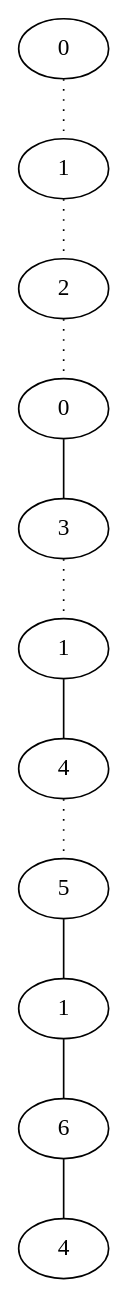
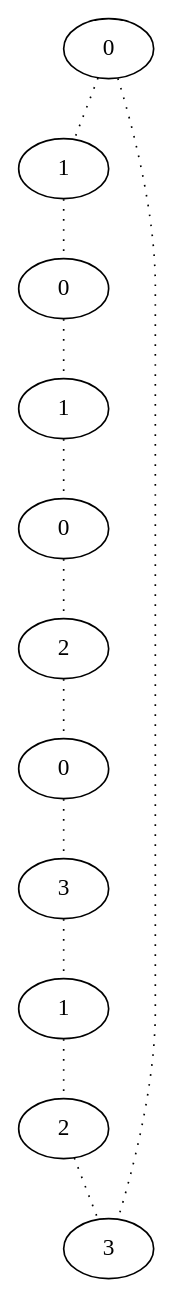
The diagram in TestPathsv1/result/11.dot (d1laj/Stage-M2), drawn with Graphviz before and after one commit. The commit also changed 12 other files, not shown here.

```diff
--- a/TestPathsv1/result/11.dot
+++ b/TestPathsv1/result/11.dot
@@ -1,23 +1,24 @@
 graph {
 a[label=0]
 b[label=1]
-c[label=2]
-d[label=0]
-e[label=3]
-f[label=1]
-g[label=4]
-h[label=5]
+c[label=0]
+d[label=1]
+e[label=0]
+f[label=2]
+g[label=0]
+h[label=3]
 i[label=1]
-j[label=6]
-k[label=4]
+j[label=2]
+k[label=3]
 a -- b [style=dotted];
 b -- c [style=dotted];
 c -- d [style=dotted];
-d -- e;
+d -- e [style=dotted];
 e -- f [style=dotted];
-f -- g;
+f -- g [style=dotted];
 g -- h [style=dotted];
-h -- i;
-i -- j;
-j -- k;
+h -- i [style=dotted];
+i -- j [style=dotted];
+j -- k [style=dotted];
+a -- k [style=dotted];
 }
```
